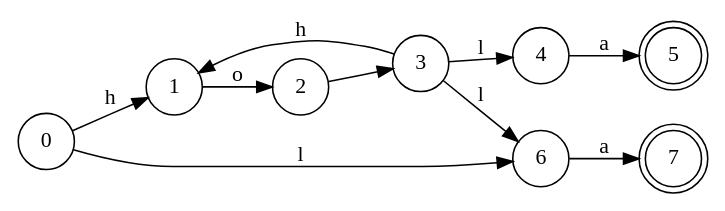
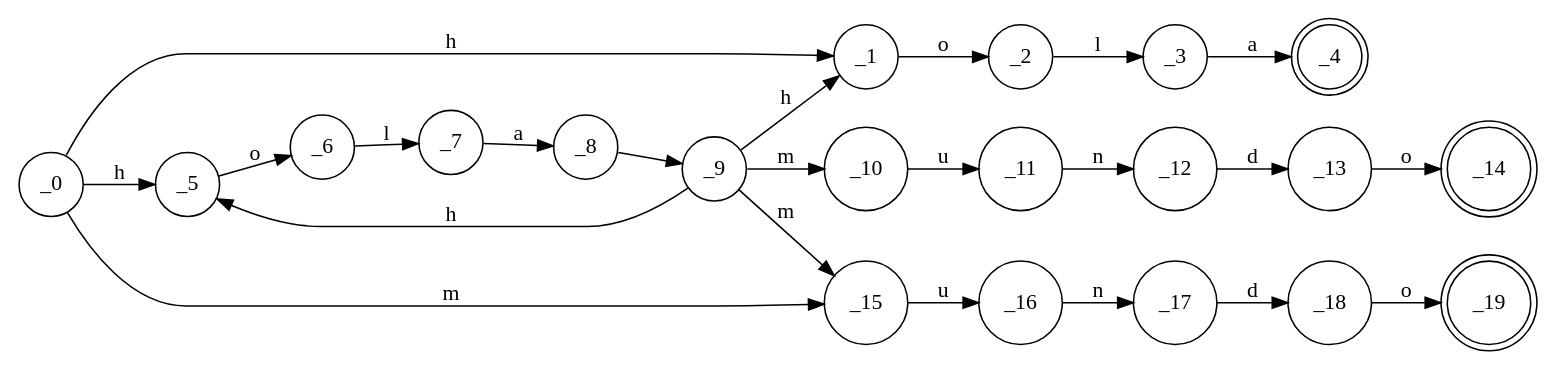
The diagram in src/files/testNonDet.dot (GdeAchaval/automaton), drawn with Graphviz before and after one commit. The commit also changed 5 other files, not shown here.

```diff
--- a/src/files/testNonDet.dot
+++ b/src/files/testNonDet.dot
@@ -1,23 +1,48 @@
 digraph {
 rankdir = "LR";
 // NODES
-node [shape=circle] Node0[label="0"];
-node [shape=circle] Node1[label="1"];
-node [shape=circle] Node6[label="6"];
-node [shape=circle] Node2[label="2"];
-node [shape=doublecircle] Node7[label="7"];
-node [shape=circle] Node3[label="3"];
-node [shape=circle] Node4[label="4"];
-node [shape=doublecircle] Node5[label="5"];
+node [shape=circle] Node_0[label="_0"];
+node [shape=circle] Node_1[label="_1"];
+node [shape=circle] Node_5[label="_5"];
+node [shape=circle] Node_15[label="_15"];
+node [shape=circle] Node_2[label="_2"];
+node [shape=circle] Node_6[label="_6"];
+node [shape=circle] Node_16[label="_16"];
+node [shape=circle] Node_3[label="_3"];
+node [shape=circle] Node_7[label="_7"];
+node [shape=circle] Node_17[label="_17"];
+node [shape=doublecircle] Node_4[label="_4"];
+node [shape=circle] Node_8[label="_8"];
+node [shape=circle] Node_18[label="_18"];
+node [shape=circle] Node_9[label="_9"];
+node [shape=doublecircle] Node_19[label="_19"];
+node [shape=circle] Node_10[label="_10"];
+node [shape=circle] Node_11[label="_11"];
+node [shape=circle] Node_12[label="_12"];
+node [shape=circle] Node_13[label="_13"];
+node [shape=doublecircle] Node_14[label="_14"];
 
 // TRANSITIONS
-Node0 -> Node1 [label="h"];
-Node0 -> Node6 [label="l"];
-Node1 -> Node2 [label="o"];
-Node6 -> Node7 [label="a"];
-Node2 -> Node3 [label=" "];
-Node3 -> Node1 [label="h"];
-Node3 -> Node4 [label="l"];
-Node3 -> Node6 [label="l"];
-Node4 -> Node5 [label="a"];
+Node_0 -> Node_1 [label="h"];
+Node_0 -> Node_5 [label="h"];
+Node_0 -> Node_15 [label="m"];
+Node_1 -> Node_2 [label="o"];
+Node_5 -> Node_6 [label="o"];
+Node_15 -> Node_16 [label="u"];
+Node_2 -> Node_3 [label="l"];
+Node_6 -> Node_7 [label="l"];
+Node_16 -> Node_17 [label="n"];
+Node_3 -> Node_4 [label="a"];
+Node_7 -> Node_8 [label="a"];
+Node_17 -> Node_18 [label="d"];
+Node_8 -> Node_9 [label=" "];
+Node_18 -> Node_19 [label="o"];
+Node_9 -> Node_1 [label="h"];
+Node_9 -> Node_5 [label="h"];
+Node_9 -> Node_10 [label="m"];
+Node_9 -> Node_15 [label="m"];
+Node_10 -> Node_11 [label="u"];
+Node_11 -> Node_12 [label="n"];
+Node_12 -> Node_13 [label="d"];
+Node_13 -> Node_14 [label="o"];
 }
```
